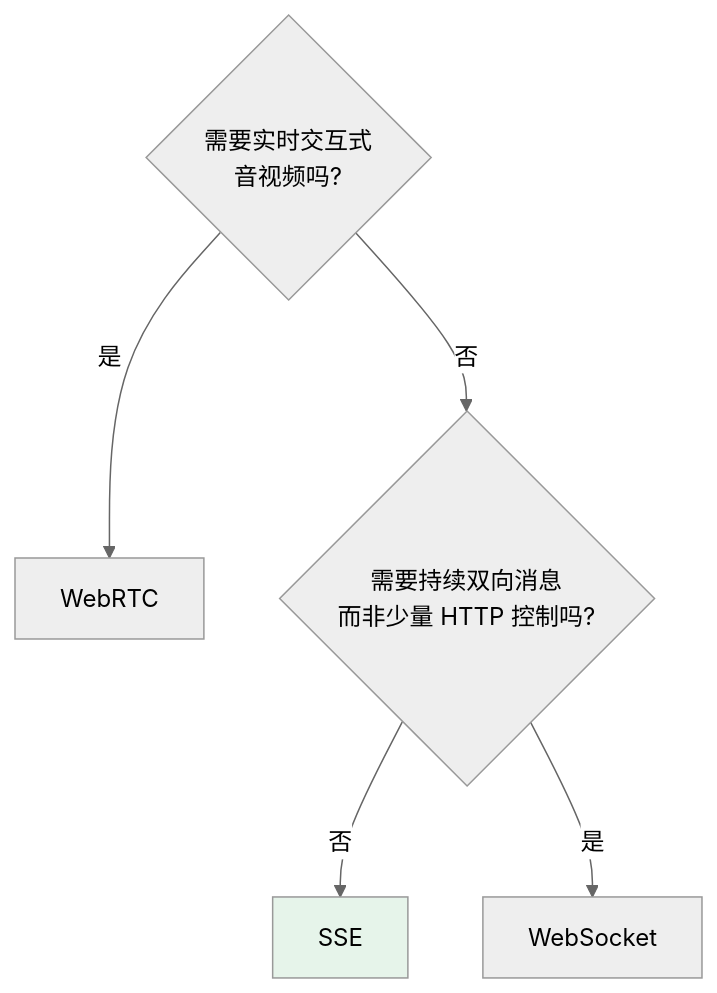
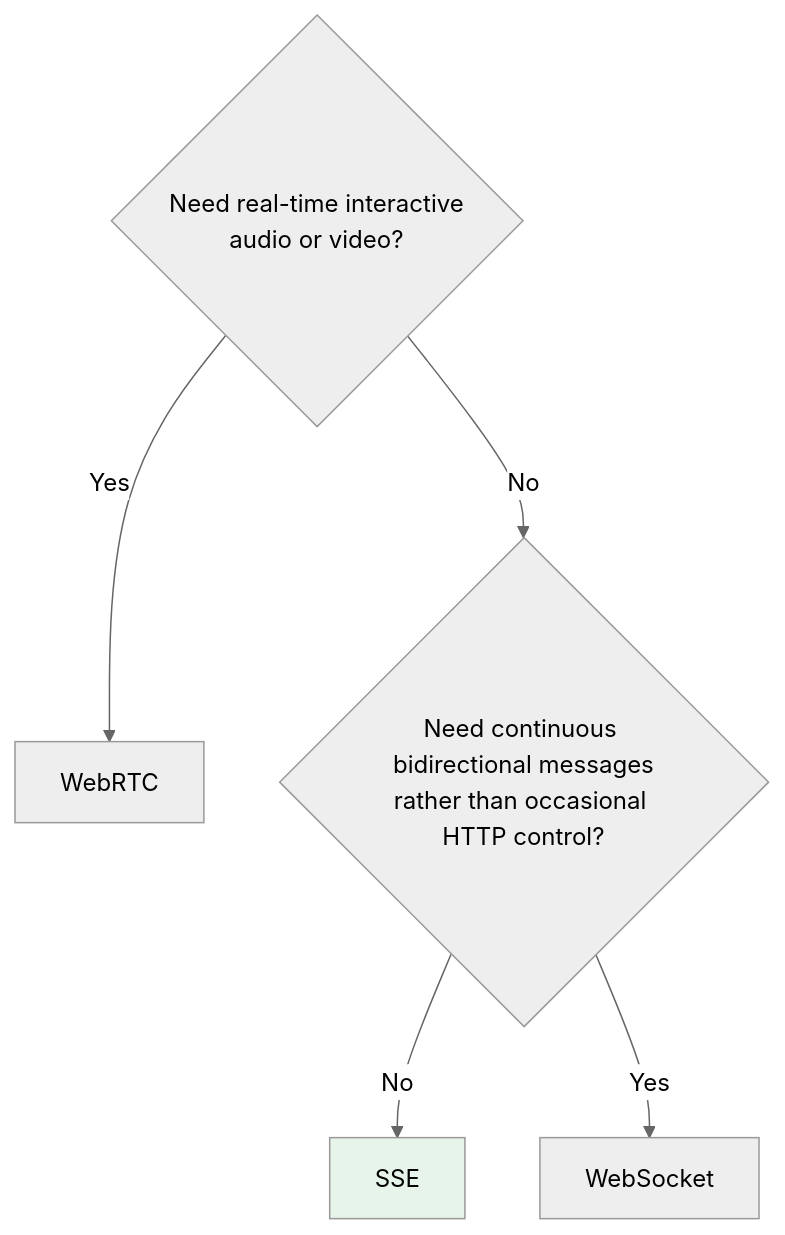
One commit to oneleaveknowsthefall/awesome-ai-roadmap changed the fifth of 5 diagrams in docs/tools/05-transport-gateway/13-sse-websocket-webrtc.md. Above: the diagram before and after it, drawn with Mermaid (neutral theme). The commit also changed other lines of this file and 42 other files, not shown here.

````diff
--- a/docs/tools/05-transport-gateway/13-sse-websocket-webrtc.md
+++ b/docs/tools/05-transport-gateway/13-sse-websocket-webrtc.md
@@ -297,10 +299,10 @@
 ```mermaid
 flowchart TB
-    Q1{"需要实时交互式<br/>音视频吗?"}
-    Q1 -->|是| RTC["WebRTC"]
-    Q1 -->|否| Q2{"需要持续双向消息<br/>而非少量 HTTP 控制吗?"}
-    Q2 -->|否| SSE["SSE"]
-    Q2 -->|是| WS["WebSocket"]
+    Q1{"Need real-time interactive<br/>audio or video?"}
+    Q1 -->|Yes| RTC["WebRTC"]
+    Q1 -->|No| Q2{"Need continuous bidirectional messages<br/>rather than occasional HTTP control?"}
+    Q2 -->|No| SSE["SSE"]
+    Q2 -->|Yes| WS["WebSocket"]
 
     style SSE fill:#e6f4ea
 ```
````
